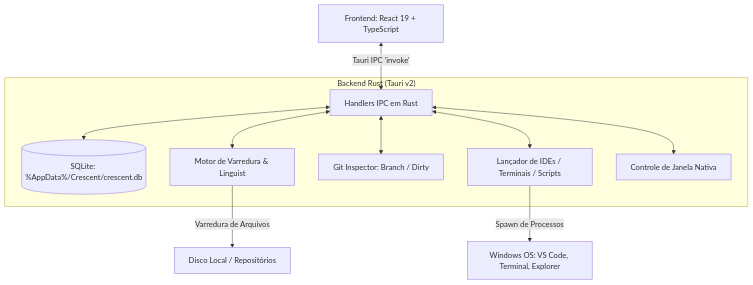
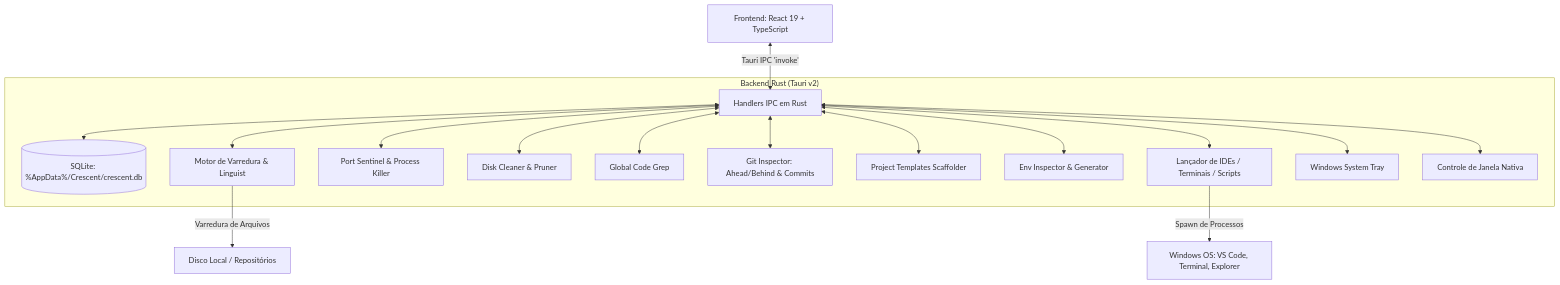
Before and after one commit to emireln/crescent: the diagram in docs/ARQUITETURA.md, drawn with Mermaid. The commit also changed other lines of this file and 25 other files, not shown here.

Commit message:
feat: complete suite of 8 superpowers (port sentinel, disk cleaner, git insights, code grep, workspaces, scaffolder, env manager, system tray)

````diff
--- a/docs/ARQUITETURA.md
+++ b/docs/ARQUITETURA.md
@@ -14,15 +14,21 @@
 ```mermaid
 graph TD
     UI[Frontend: React 19 + TypeScript] <-->|Tauri IPC 'invoke'| IPC[Handlers IPC em Rust]
     
     subgraph "Backend Rust (Tauri v2)"
         IPC <--> DB[(SQLite: %AppData%/Crescent/crescent.db)]
         IPC <--> Scanner[Motor de Varredura & Linguist]
-        IPC <--> Git[Git Inspector: Branch / Dirty]
+        IPC <--> Sentinel[Port Sentinel & Process Killer]
+        IPC <--> Cleaner[Disk Cleaner & Pruner]
+        IPC <--> CodeSearch[Global Code Grep]
+        IPC <--> Git[Git Inspector: Ahead/Behind & Commits]
+        IPC <--> Scaffolder[Project Templates Scaffolder]
+        IPC <--> EnvMgr[Env Inspector & Generator]
         IPC <--> Actions[Lançador de IDEs / Terminais / Scripts]
+        IPC <--> Tray[Windows System Tray]
         IPC <--> Win[Controle de Janela Nativa]
     end
 
     Scanner -->|Varredura de Arquivos| Disk[Disco Local / Repositórios]
     Actions -->|Spawn de Processos| WindowsOS[Windows OS: VS Code, Terminal, Explorer]
 ```
````
